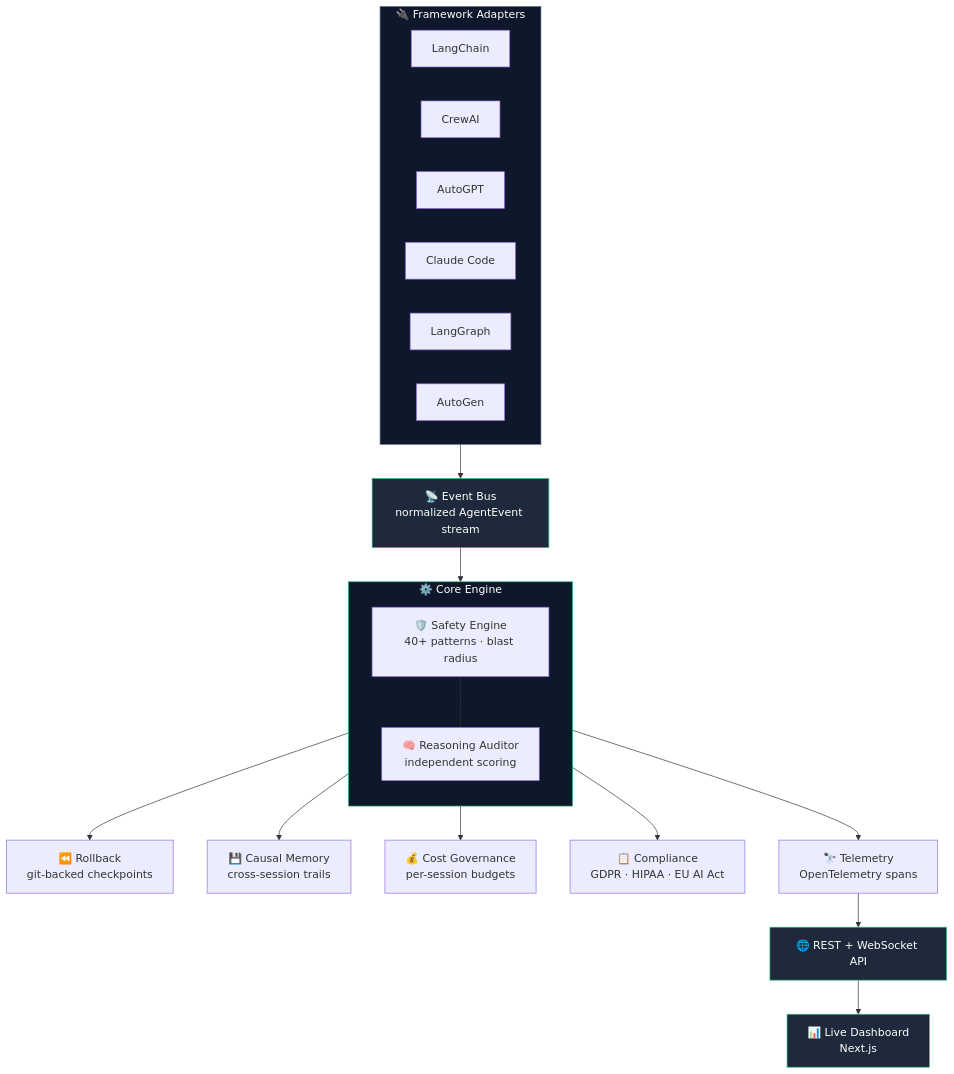
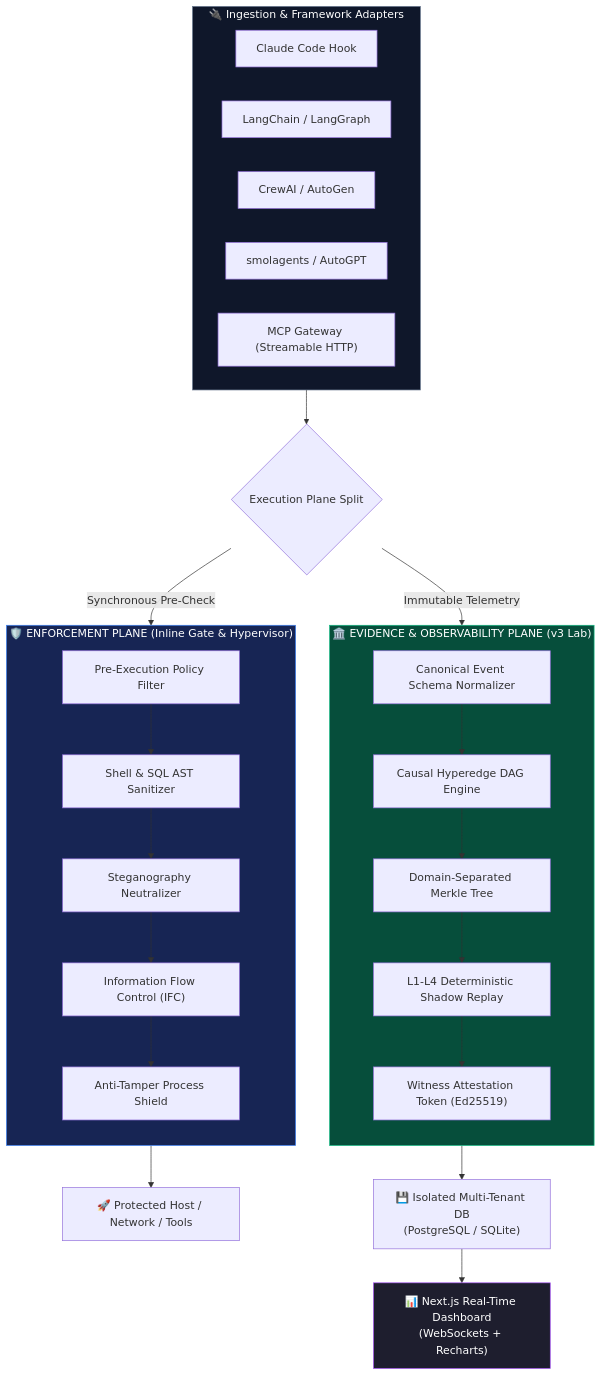
The second of 6 diagrams in data/readmes/Shinraya-Tech-Labs__AgentWatch.md (zqf20096327/dbhub_collect), drawn with Mermaid before and after one commit. The commit also changed other lines of this file and 255 other files, not shown here.

````diff
--- a/data/readmes/Shinraya-Tech-Labs__AgentWatch.md
+++ b/data/readmes/Shinraya-Tech-Labs__AgentWatch.md
@@ -156,38 +116,45 @@
 ```mermaid
 flowchart TB
-    subgraph ADAPTERS["🔌 Framework Adapters"]
+    subgraph INGEST["🔌 Ingestion & Framework Adapters"]
         direction LR
-        LC["LangChain"]
-        CR["CrewAI"]
-        AG["AutoGPT"]
-        CC["Claude Code"]
-        LG["LangGraph"]
-        AU["AutoGen"]
+        A1["Claude Code Hook"]
+        A2["LangChain / LangGraph"]
+        A3["CrewAI / AutoGen"]
+        A4["smolagents / AutoGPT"]
+        A5["MCP Gateway (Streamable HTTP)"]
     end
 
-    ADAPTERS --> BUS["📡 Event Bus<br/>normalized AgentEvent stream"]
+    INGEST --> SPLIT{"Execution Plane Split"}
 
-    BUS --> CORE
-
-    subgraph CORE["⚙️ Core Engine"]
+    subgraph ENFORCE["🛡️ ENFORCEMENT PLANE (Inline Gate & Hypervisor)"]
         direction TB
-        SAFE["🛡️ Safety Engine<br/>40+ patterns · blast radius"]
-        REASON["🧠 Reasoning Auditor<br/>independent scoring"]
-        SAFE --- REASON
+        E1["Pre-Execution Policy Filter"]
+        E2["Shell & SQL AST Sanitizer"]
+        E3["Steganography Neutralizer"]
+        E4["Information Flow Control (IFC)"]
+        E5["Anti-Tamper Process Shield"]
+        E1 --> E2 --> E3 --> E4 --> E5
     end
 
-    CORE --> ROLL["⏪ Rollback<br/>git-backed checkpoints"]
-    CORE --> MEM["💾 Causal Memory<br/>cross-session trails"]
-    CORE --> COST["💰 Cost Governance<br/>per-session budgets"]
-    CORE --> GOV["📋 Compliance<br/>GDPR · HIPAA · EU AI Act"]
+    subgraph EVIDENCE["🏛️ EVIDENCE & OBSERVABILITY PLANE (v3 Lab)"]
+        direction TB
+        O1["Canonical Event Schema Normalizer"]
+        O2["Causal Hyperedge DAG Engine"]
+        O3["Domain-Separated Merkle Tree"]
+        O4["L1-L4 Deterministic Shadow Replay"]
+        O5["Witness Attestation Token (Ed25519)"]
+        O1 --> O2 --> O3 --> O4 --> O5
+    end
 
-    CORE --> TEL["🔭 Telemetry<br/>OpenTelemetry spans"]
-    TEL --> API["🌐 REST + WebSocket API"]
-    API --> DASH["📊 Live Dashboard<br/>Next.js"]
+    SPLIT -->|"Synchronous Pre-Check"| ENFORCE
+    SPLIT -->|"Immutable Telemetry"| EVIDENCE
 
-    style ADAPTERS fill:#0f172a,stroke:#64748b,color:#fff
-    style CORE fill:#0f172a,stroke:#3ecf8e,color:#fff
-    style BUS fill:#1e293b,stroke:#3ecf8e,color:#fff
-    style API fill:#1e293b,stroke:#3ecf8e,color:#fff
-    style DASH fill:#1e293b,stroke:#3ecf8e,color:#fff
+    ENFORCE --> OUTPUT["🚀 Protected Host / Network / Tools"]
+    EVIDENCE --> STORAGE["💾 Isolated Multi-Tenant DB<br/>(PostgreSQL / SQLite)"]
+    STORAGE --> DASH["📊 Next.js Real-Time Dashboard<br/>(WebSockets + Recharts)"]
+
+    style INGEST fill:#0f172a,stroke:#64748b,color:#fff
+    style ENFORCE fill:#172554,stroke:#3b82f6,color:#fff
+    style EVIDENCE fill:#064e3b,stroke:#10b981,color:#fff
+    style DASH fill:#1e1e2e,stroke:#a855f7,color:#fff
 ```
````
